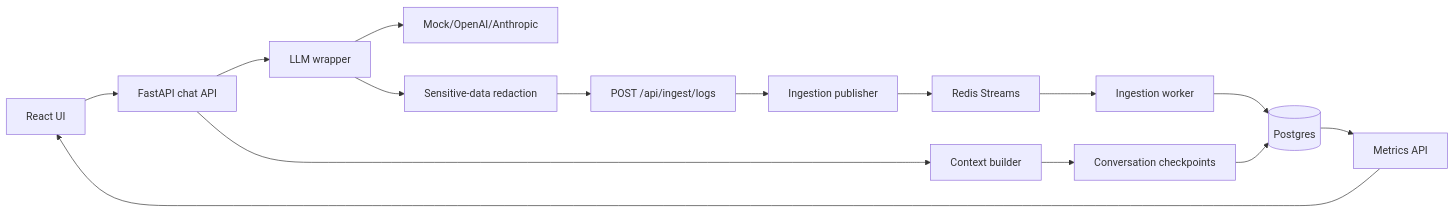
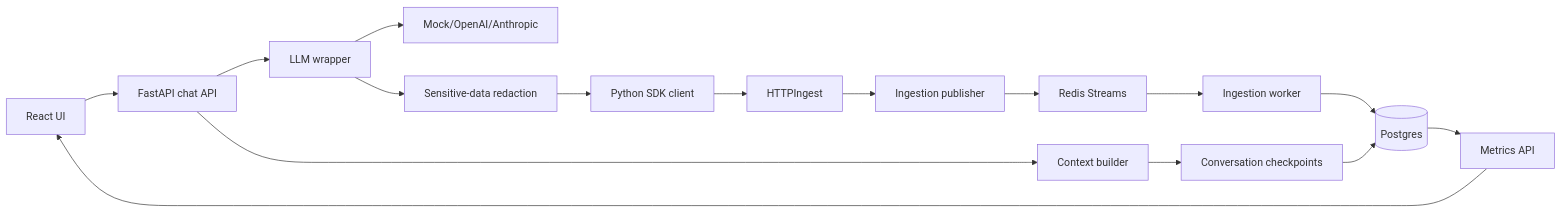
Before and after one commit to vishal2612200/LLMTrace: the first of 2 diagrams in docs/architecture.md, drawn with Mermaid. The commit also changed other lines of this file and 22 other files, not shown here.

Commit message:
Add Python SDK and provider key settings

````diff
--- a/docs/architecture.md
+++ b/docs/architecture.md
@@ -5,17 +5,18 @@
 ```mermaid
 flowchart LR
   UI[React UI] --> Chat[FastAPI chat API]
   Chat --> Context[Context builder]
   Context --> Checkpoints[Conversation checkpoints]
-  Chat --> SDK[LLM wrapper]
-  SDK --> Provider[Mock/OpenAI/Anthropic]
-  SDK --> Redact[Sensitive-data redaction]
-  Redact --> HTTPIngest[POST /api/ingest/logs]
+  Chat --> Wrapper[LLM wrapper]
+  Wrapper --> Provider[Mock/OpenAI/Anthropic]
+  Wrapper --> Redact[Sensitive-data redaction]
+  Redact --> SDK[Python SDK client]
+  SDK --> HTTPIngest
   HTTPIngest --> Ingest[Ingestion publisher]
   Ingest --> Redis[Redis Streams]
   Redis --> Worker[Ingestion worker]
   Worker --> DB[(Postgres)]
   Checkpoints --> DB
   DB --> Metrics[Metrics API]
   Metrics --> UI
 ```
````
